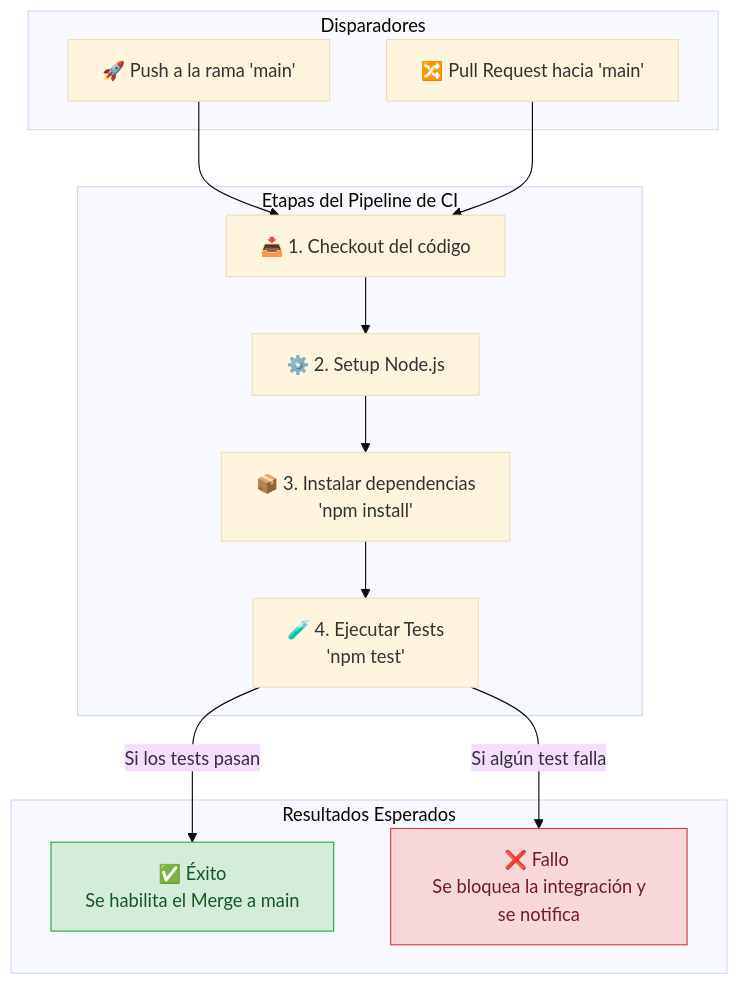
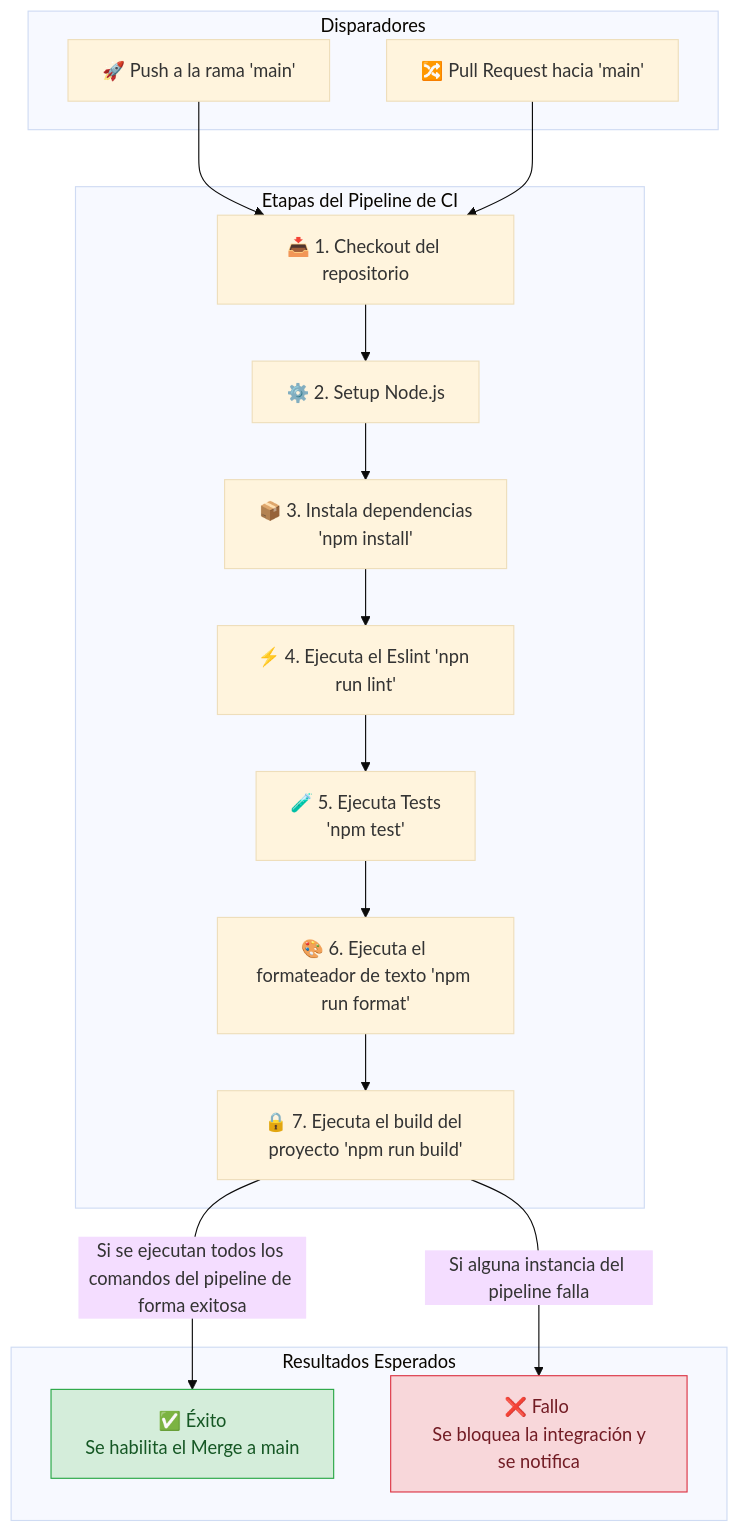
Before and after one commit to emaibarra/AgendaYA: the diagram in README.md, drawn with Mermaid (base theme).

Commit message:
:zap: actualizo el readme sobre pipeline

````diff
--- a/README.md
+++ b/README.md
@@ -38,35 +38,42 @@
 ```mermaid
 graph TD
 %% DISPARADORES
 subgraph Disparadores
 A[🚀 Push a la rama 'main']
 B[🔀 Pull Request hacia 'main']
 end
 %% PIPELINE
 subgraph Etapas del Pipeline de CI
-    C[📥 1. Checkout del código]
+    C[📥 1. Checkout del repositorio]
     D[⚙️ 2. Setup Node.js]
-    E[📦 3. Instalar dependencias <br> 'npm install']
-    F[🧪 4. Ejecutar Tests <br> 'npm test']
+    E[📦 3. Instala dependencias <br> 'npm install']
+    I[⚡️ 4. Ejecuta el Eslint 'npn run lint']
+    F[🧪 5. Ejecuta Tests <br> 'npm test']
+    J[🎨 6. Ejecuta el formateador de texto 'npm run format']
+    K[🔒️ 7. Ejecuta el build del proyecto 'npm run build']
 end
 
 %% RESULTADOS
 subgraph Resultados Esperados
     G[✅ Éxito <br> Se habilita el Merge a main]
     H[❌ Fallo <br> Se bloquea la integración y se notifica]
 end
 
 %% CONEXIONES
 A --> C
 B --> C
 C --> D
 D --> E
-E --> F
+E --> I
+I --> F
+F --> J
+J --> K
 
-F -->|Si los tests pasan| G
-F -->|Si algún test falla| H
+
+K -->|Si se ejecutan todos los comandos del pipeline de forma exitosa| G
+K -->|Si alguna instancia del pipeline falla| H
 
 %% Estilos (Opcional, para darle color)
 style G fill:#d4edda,stroke:#28a745,color:#155724
 style H fill:#f8d7da,stroke:#dc3545,color:#721c24
 ```
````
